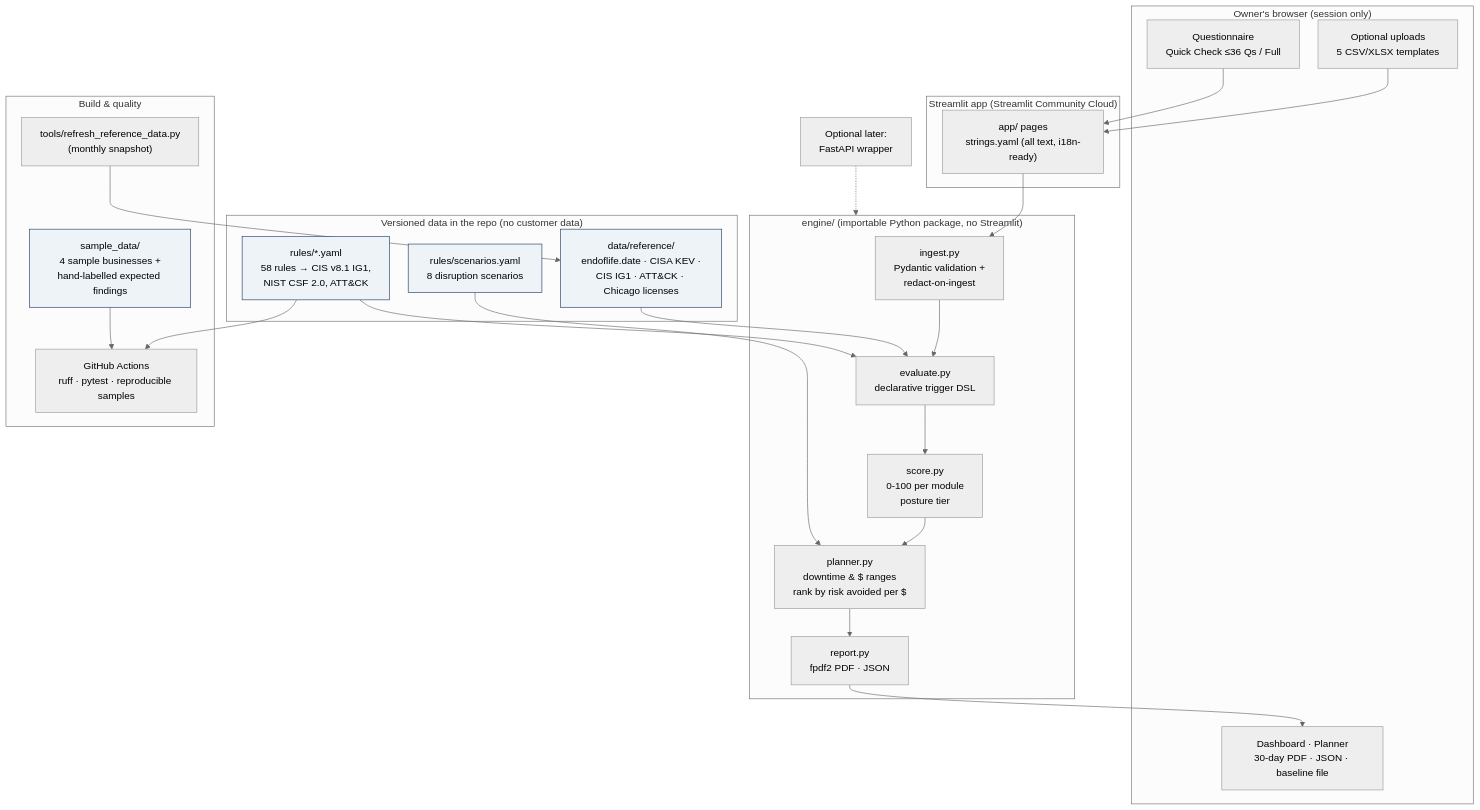
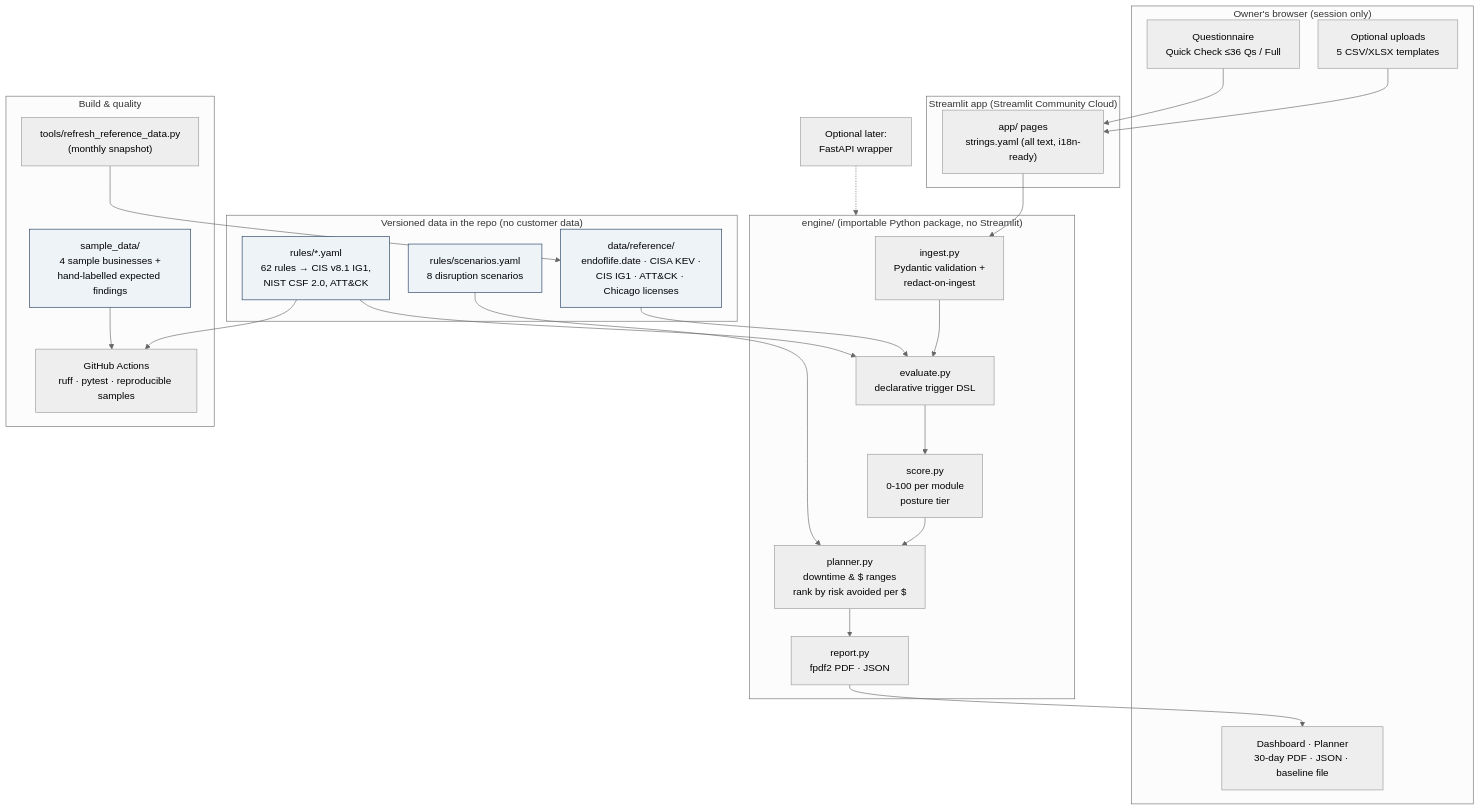
One commit to Gnanendhar/NeighborhoodShield changed the diagram in docs/architecture/architecture.mmd. Above: the diagram before and after it, drawn with Mermaid. The commit also changed 14 other files, not shown here.

```diff
--- a/docs/architecture/architecture.mmd
+++ b/docs/architecture/architecture.mmd
@@ -1,39 +1,39 @@
 %%{init: {"theme":"neutral","flowchart":{"curve":"basis","nodeSpacing":30,"rankSpacing":45}}}%%
 flowchart TB
   subgraph Browser["Owner's browser (session only)"]
     Q["Questionnaire<br/>Quick Check ≤36 Qs / Full"]
     U["Optional uploads<br/>5 CSV/XLSX templates"]
     OUT["Dashboard · Planner<br/>30-day PDF · JSON · baseline file"]
   end
   subgraph App["Streamlit app (Streamlit Community Cloud)"]
     UI["app/ pages<br/>strings.yaml (all text, i18n-ready)"]
   end
   subgraph Engine["engine/ (importable Python package, no Streamlit)"]
     ING["ingest.py<br/>Pydantic validation +<br/>redact-on-ingest"]
     EV["evaluate.py<br/>declarative trigger DSL"]
     SC["score.py<br/>0-100 per module<br/>posture tier"]
     PL["planner.py<br/>downtime & $ ranges<br/>rank by risk avoided per $"]
     RP["report.py<br/>fpdf2 PDF · JSON"]
   end
   subgraph Data["Versioned data in the repo (no customer data)"]
-    R["rules/*.yaml<br/>58 rules → CIS v8.1 IG1,<br/>NIST CSF 2.0, ATT&CK"]
+    R["rules/*.yaml<br/>62 rules → CIS v8.1 IG1,<br/>NIST CSF 2.0, ATT&CK"]
     S["rules/scenarios.yaml<br/>8 disruption scenarios"]
     REF["data/reference/<br/>endoflife.date · CISA KEV ·<br/>CIS IG1 · ATT&CK · Chicago licenses"]
   end
   subgraph Ops["Build & quality"]
     T["tools/refresh_reference_data.py<br/>(monthly snapshot)"]
     CI["GitHub Actions<br/>ruff · pytest · reproducible samples"]
     SAMP["sample_data/<br/>4 sample businesses +<br/>hand-labelled expected findings"]
   end
   Q --> UI
   U --> UI
   UI --> ING --> EV --> SC --> PL --> RP --> OUT
   R --> EV
   REF --> EV
   S --> PL
   T --> REF
   SAMP --> CI
   R --> CI
   API["Optional later:<br/>FastAPI wrapper"] -.-> Engine
   classDef store fill:#EEF3F8,stroke:#1F3A5F;
   class R,S,REF,SAMP store;
```
